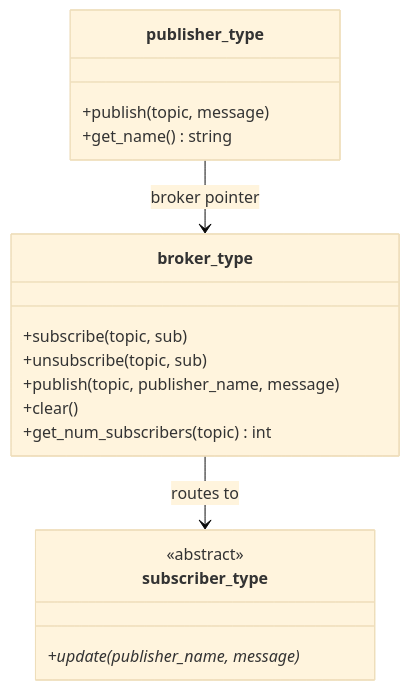
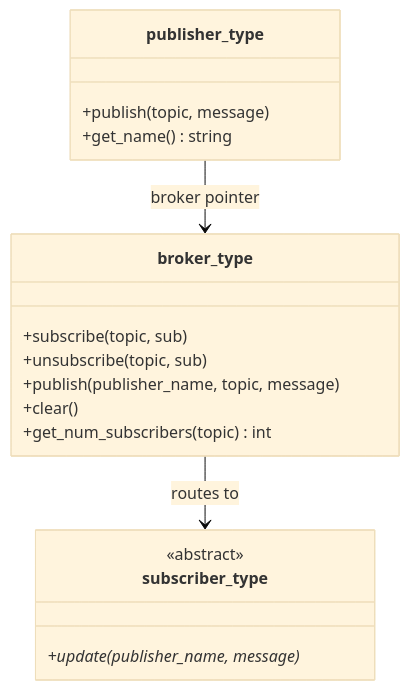
The diagram in README.md (kiz0329/fortran-publisher-subscriber), drawn with Mermaid (base theme) before and after one commit. The commit also changed other lines of this file and 4 other files, not shown here.

````diff
--- a/README.md
+++ b/README.md
@@ -26,21 +26,21 @@
 ```mermaid
 classDiagram
     class broker_type {
         +subscribe(topic, sub)
         +unsubscribe(topic, sub)
-        +publish(topic, publisher_name, message)
+        +publish(publisher_name, topic, message)
         +clear()
         +get_num_subscribers(topic) int
     }
     class publisher_type {
         +publish(topic, message)
         +get_name() string
     }
     class subscriber_type {
         <<abstract>>
         +update(publisher_name, message)*
     }
 
     publisher_type --> broker_type : broker pointer
     broker_type --> subscriber_type : routes to
 ```
````
